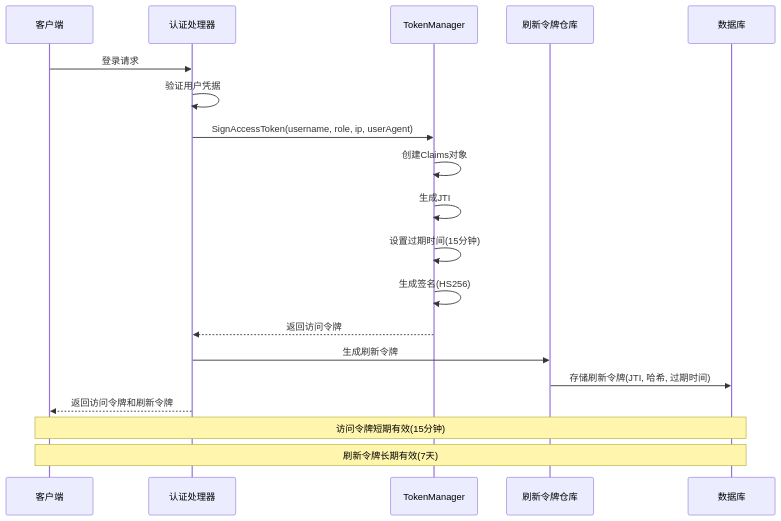
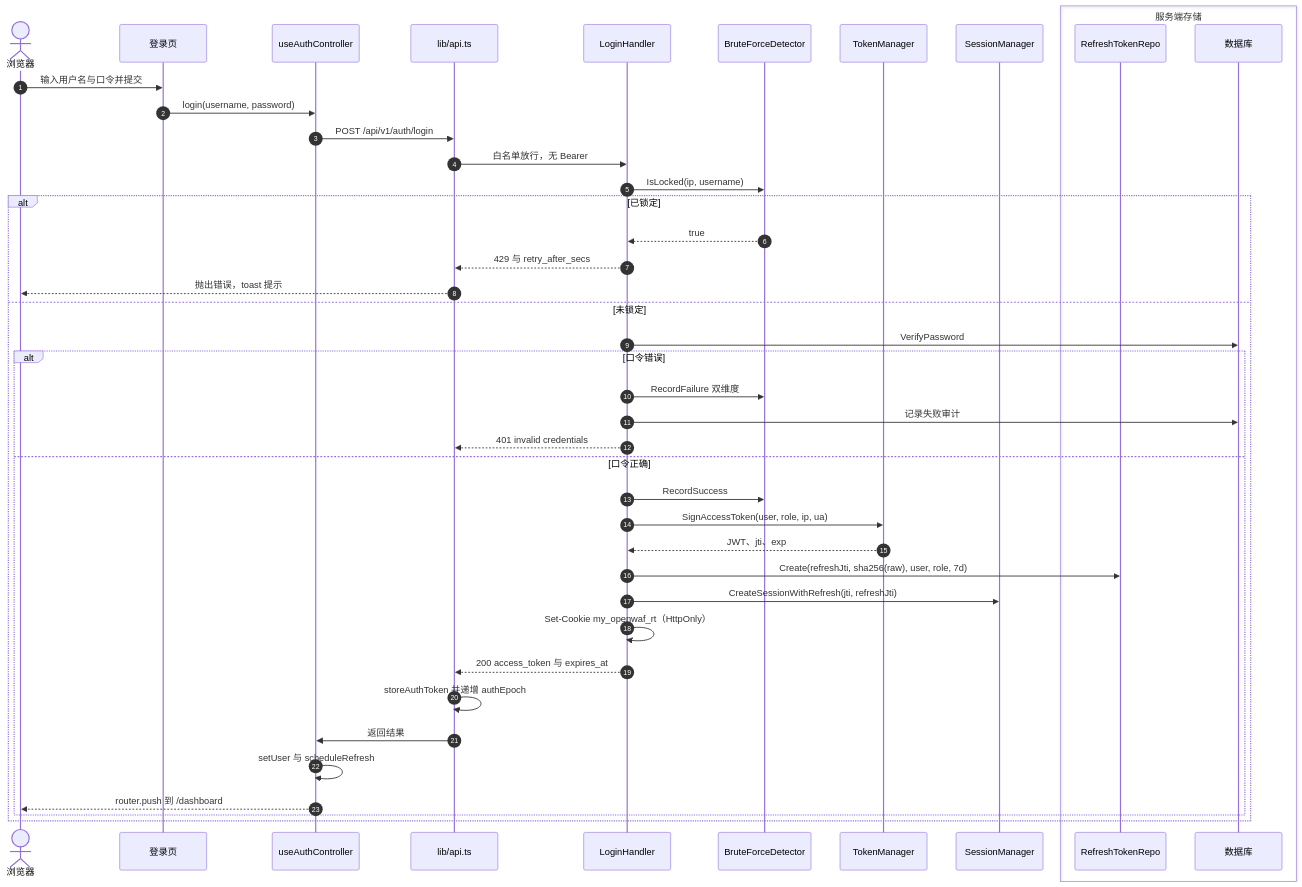
The third of 8 diagrams in docs/前端管理界面/Next.js 架构设计/登录流程与鉴权机制.md (x01n/My-OpenWaf), drawn with Mermaid before and after one commit. The commit also changed other lines of this file and 622 other files, not shown here.

````diff
--- a/docs/前端管理界面/Next.js 架构设计/登录流程与鉴权机制.md
+++ b/docs/前端管理界面/Next.js 架构设计/登录流程与鉴权机制.md
@@ -153,21 +266,45 @@
 ```mermaid
 sequenceDiagram
-participant Client as 客户端
-participant Auth as 认证处理器
-participant TM as TokenManager
-participant RT as 刷新令牌仓库
-participant DB as 数据库
-Client->>Auth : 登录请求
-Auth->>Auth : 验证用户凭据
-Auth->>TM : SignAccessToken(username, role, ip, userAgent)
-TM->>TM : 创建Claims对象
-TM->>TM : 生成JTI
-TM->>TM : 设置过期时间(15分钟)
-TM->>TM : 生成签名(HS256)
-TM-->>Auth : 返回访问令牌
-Auth->>RT : 生成刷新令牌
-RT->>DB : 存储刷新令牌(JTI, 哈希, 过期时间)
-Auth-->>Client : 返回访问令牌和刷新令牌
-Note over Client,DB : 访问令牌短期有效(15分钟)
-Note over Client,DB : 刷新令牌长期有效(7天)
+  autonumber
+  actor U as 浏览器
+  participant LP as 登录页
+  participant UC as useAuthController
+  participant API as lib/api.ts
+  participant LH as LoginHandler
+  participant BF as BruteForceDetector
+  participant TM as TokenManager
+  participant SM as SessionManager
+  box 服务端存储
+    participant RT as RefreshTokenRepo
+    participant DB as 数据库
+  end
+  U->>LP: 输入用户名与口令并提交
+  LP->>UC: login(username, password)
+  UC->>API: POST /api/v1/auth/login
+  API->>LH: 白名单放行，无 Bearer
+  LH->>BF: IsLocked(ip, username)
+  alt 已锁定
+    BF-->>LH: true
+    LH-->>API: 429 与 retry_after_secs
+    API-->>U: 抛出错误，toast 提示
+  else 未锁定
+    LH->>DB: VerifyPassword
+    alt 口令错误
+      LH->>BF: RecordFailure 双维度
+      LH->>DB: 记录失败审计
+      LH-->>API: 401 invalid credentials
+    else 口令正确
+      LH->>BF: RecordSuccess
+      LH->>TM: SignAccessToken(user, role, ip, ua)
+      TM-->>LH: JWT、jti、exp
+      LH->>RT: Create(refreshJti, sha256(raw), user, role, 7d)
+      LH->>SM: CreateSessionWithRefresh(jti, refreshJti)
+      LH->>LH: Set-Cookie my_openwaf_rt（HttpOnly）
+      LH-->>API: 200 access_token 与 expires_at
+      API->>API: storeAuthToken 并递增 authEpoch
+      API->>UC: 返回结果
+      UC->>UC: setUser 与 scheduleRefresh
+      UC-->>U: router.push 到 /dashboard
+    end
+  end
 ```
````
